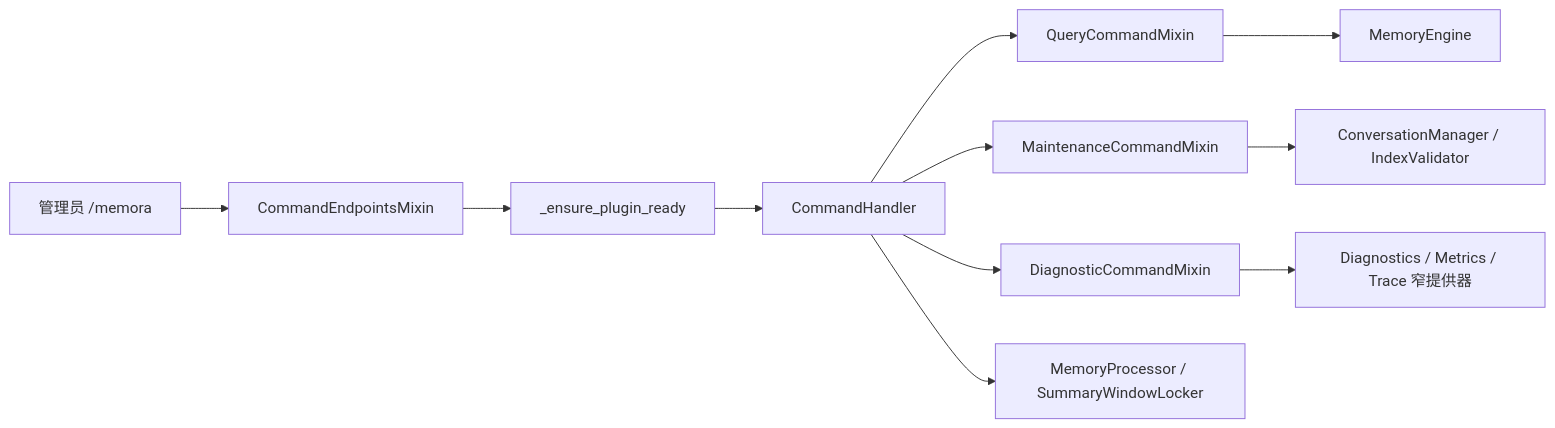
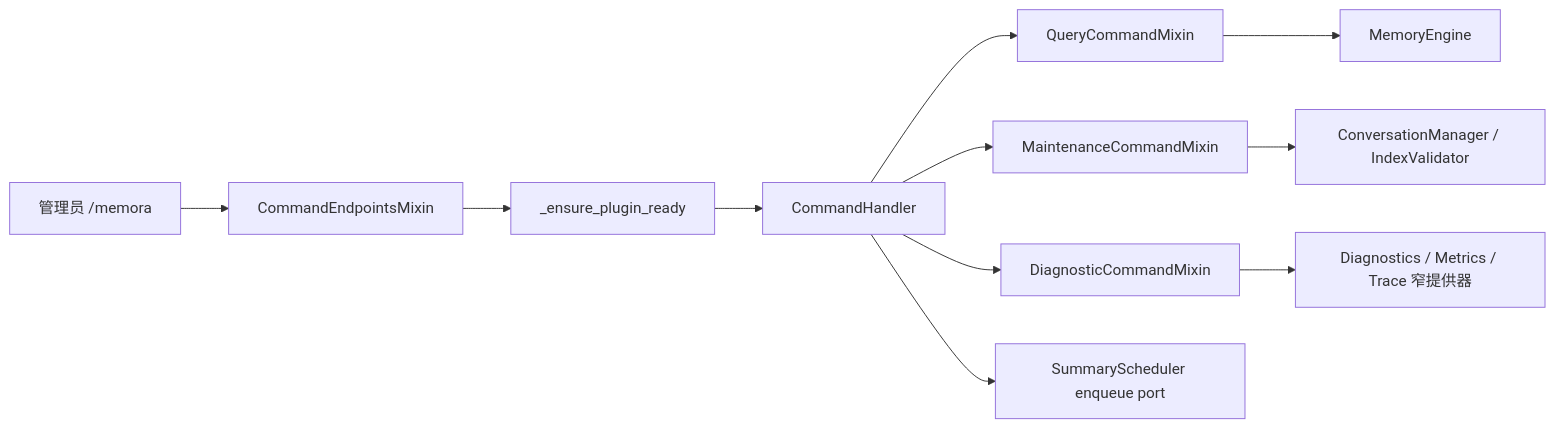
One commit to INSide-734/astrbot_plugin_memora changed the diagram in core/platform/transport/commands/AGENTS.md. Above: the diagram before and after it, drawn with Mermaid. The commit also changed other lines of this file and 45 other files, not shown here.

````diff
--- a/core/platform/transport/commands/AGENTS.md
+++ b/core/platform/transport/commands/AGENTS.md
@@ -13,13 +13,13 @@
 ```mermaid
 flowchart LR
     ADMIN[管理员 /memora] --> EP[CommandEndpointsMixin]
     EP --> READY[_ensure_plugin_ready]
     READY --> CH[CommandHandler]
     CH --> Q[QueryCommandMixin]
     CH --> M[MaintenanceCommandMixin]
     CH --> D[DiagnosticCommandMixin]
     Q --> ENGINE[MemoryEngine]
     M --> STORE[ConversationManager / IndexValidator]
     D --> PROVIDERS[Diagnostics / Metrics / Trace 窄提供器]
-    CH --> PROC[MemoryProcessor / SummaryWindowLocker]
+    CH --> SCHEDULER[SummaryScheduler enqueue port]
 ```
````
